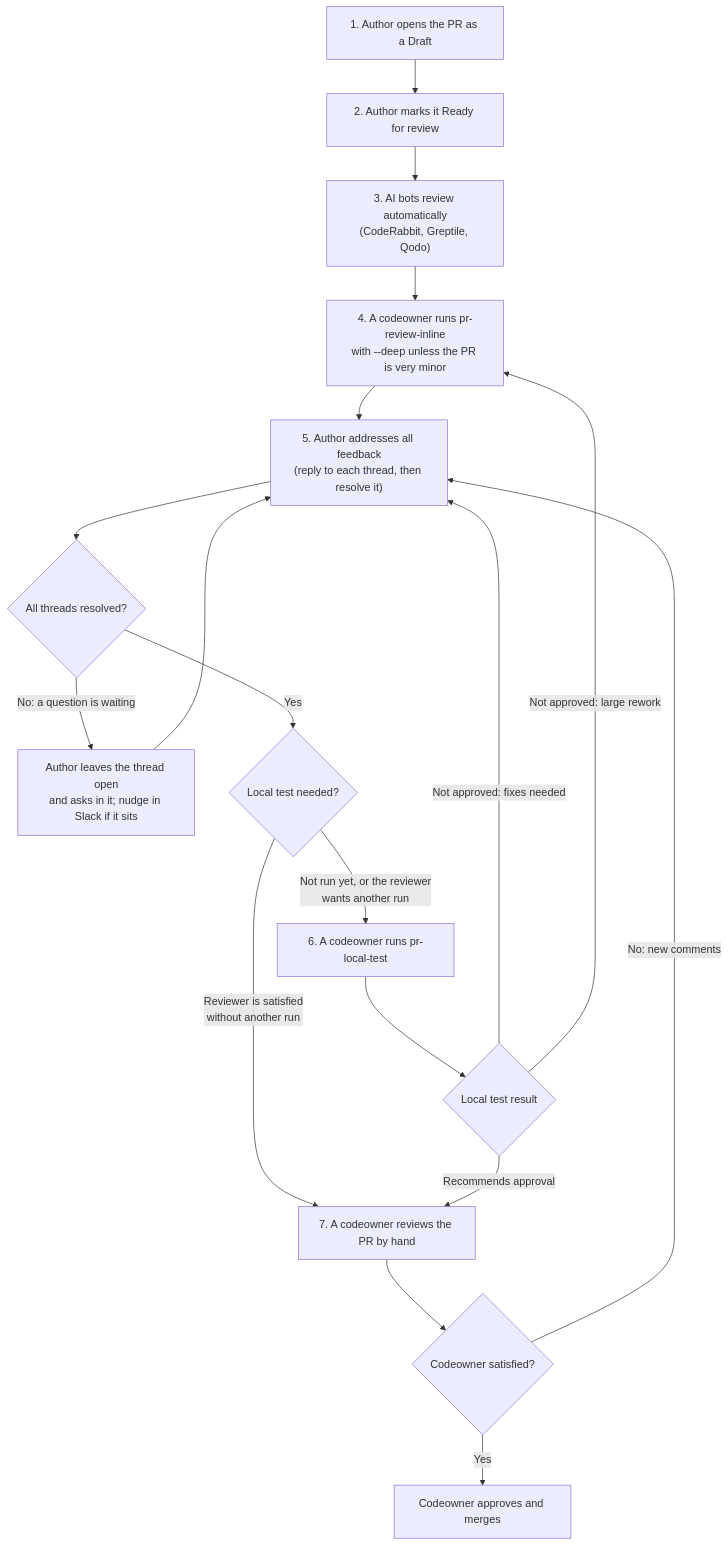
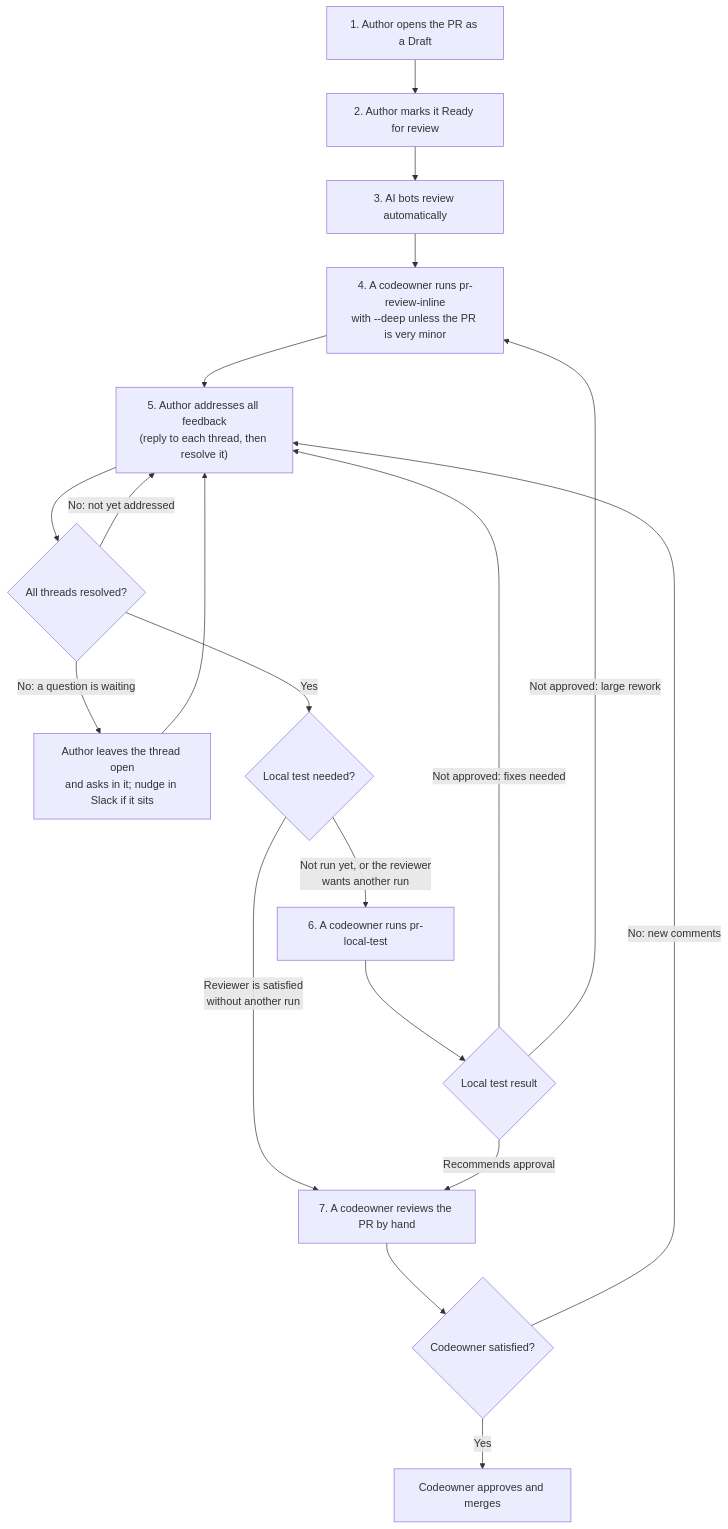
The diagram in docs/PR_REVIEW_PROCESS.md (F3-Nation/f3-nation), drawn with Mermaid before and after one commit. The commit also changed other lines of this file and 1 other file, not shown here.

First line of the commit message:
docs(repo): address PR #1409 review comments

````diff
--- a/docs/PR_REVIEW_PROCESS.md
+++ b/docs/PR_REVIEW_PROCESS.md
@@ -9,20 +9,21 @@
 ```mermaid
 flowchart TD
     A["1. Author opens the PR as a Draft"] --> B["2. Author marks it Ready for review"]
-    B --> C["3. AI bots review automatically<br/>(CodeRabbit, Greptile, Qodo)"]
+    B --> C["3. AI bots review automatically"]
     C --> D["4. A codeowner runs pr-review-inline<br/>with --deep unless the PR is very minor"]
     D --> E["5. Author addresses all feedback<br/>(reply to each thread, then resolve it)"]
     E --> F{"All threads resolved?"}
+    F -- "No: not yet addressed" --> E
     F -- "No: a question is waiting" --> Q["Author leaves the thread open<br/>and asks in it; nudge in Slack if it sits"]
     Q --> E
     F -- Yes --> L{"Local test needed?"}
     L -- "Not run yet, or the reviewer<br/>wants another run" --> G["6. A codeowner runs pr-local-test"]
     L -- "Reviewer is satisfied<br/>without another run" --> I
     G --> H{"Local test result"}
     H -- "Not approved: fixes needed" --> E
     H -- "Not approved: large rework" --> D
     H -- "Recommends approval" --> I["7. A codeowner reviews the PR by hand"]
     I --> J{"Codeowner satisfied?"}
     J -- "No: new comments" --> E
     J -- Yes --> K["Codeowner approves and merges"]
 ```
````
